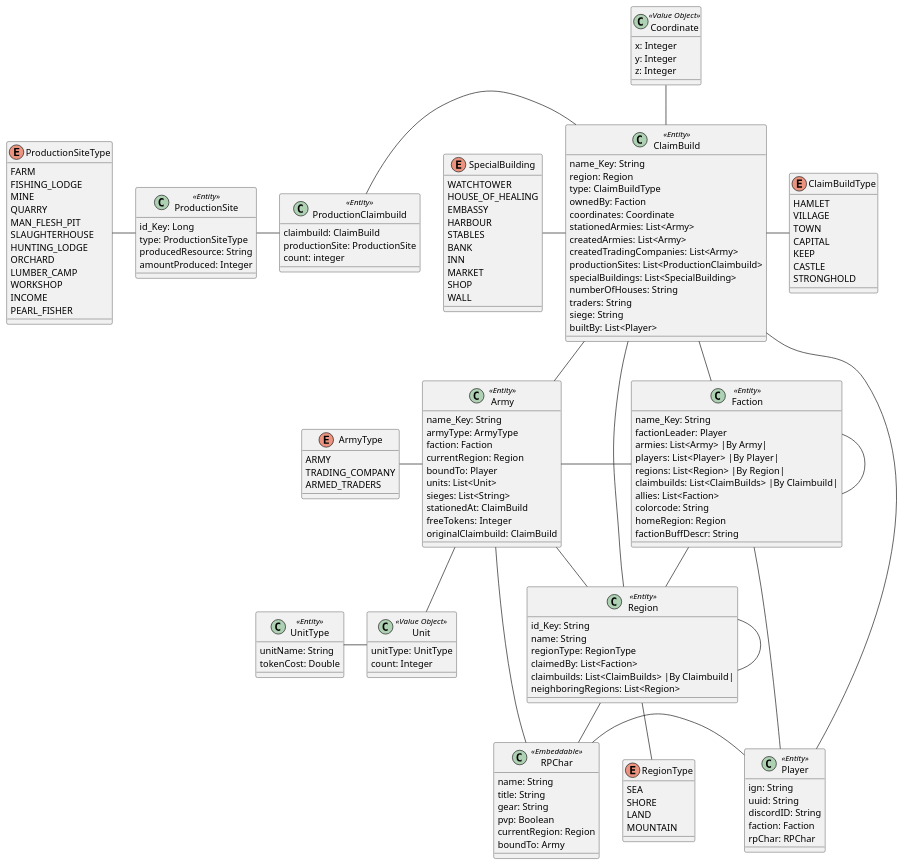
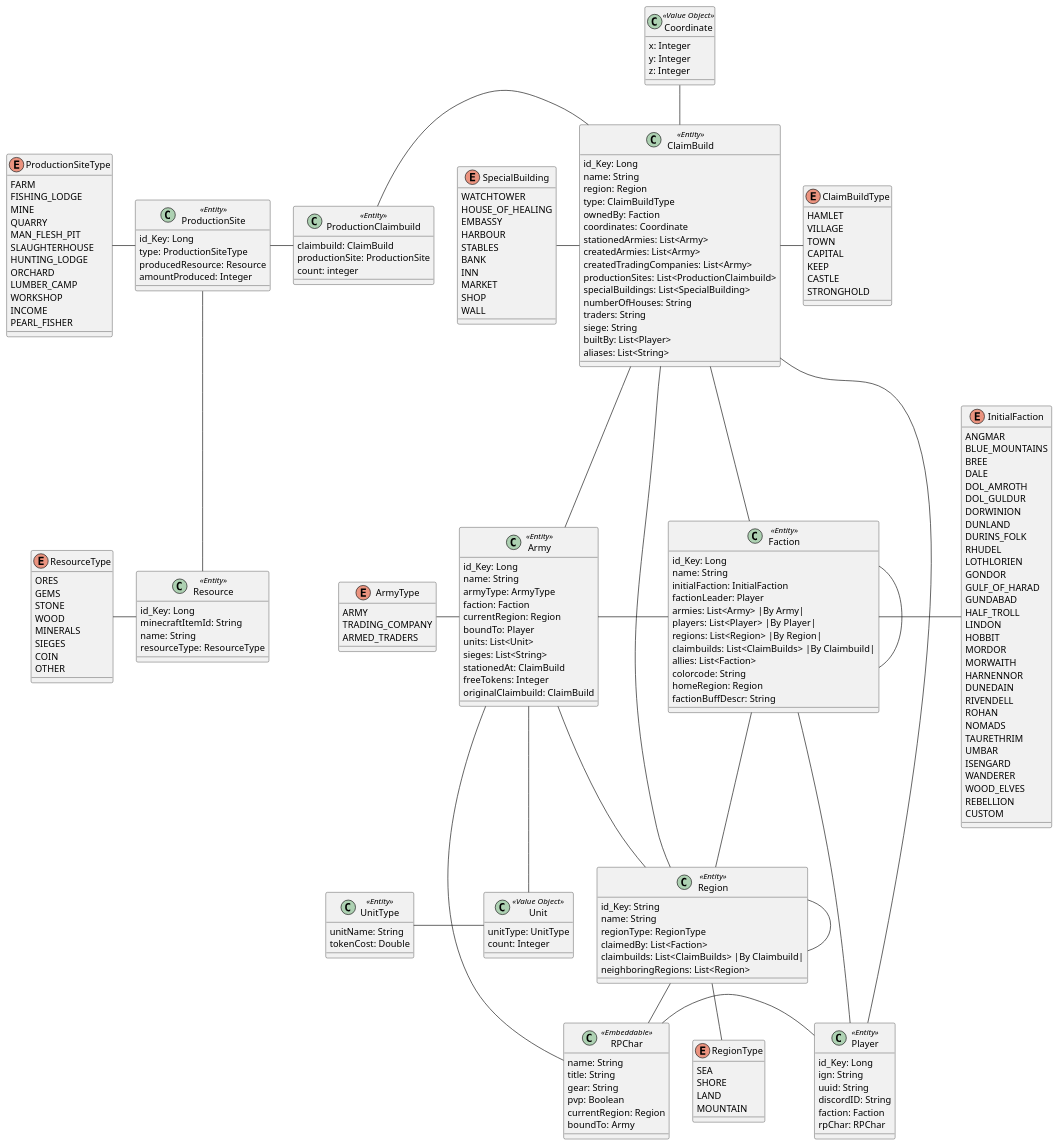
The diagram in src/main/puml/ArdasLegendsDomain.puml (Team-KekX/Ardas-Legends-App), drawn with PlantUML before and after one commit.

Commit message:
Updated Puml

```diff
--- a/src/main/puml/ArdasLegendsDomain.puml
+++ b/src/main/puml/ArdasLegendsDomain.puml
@@ -16,7 +16,8 @@
 }
 
 class ClaimBuild <<Entity>> {
-    name_Key: String
+    id_Key: Long
+    name: String
     region: Region
     type: ClaimBuildType
     ownedBy: Faction
@@ -30,6 +31,7 @@
     traders: String
     siege: String
     builtBy: List<Player>
+    aliases: List<String>
 }
 
 enum ClaimBuildType {
@@ -42,8 +44,44 @@
     STRONGHOLD
 }
 
+enum InitialFaction {
+    ANGMAR
+    BLUE_MOUNTAINS
+    BREE
+    DALE
+    DOL_AMROTH
+    DOL_GULDUR
+    DORWINION
+    DUNLAND
+    DURINS_FOLK
+    RHUDEL
+    LOTHLORIEN
+    GONDOR
+    GULF_OF_HARAD
+    GUNDABAD
+    HALF_TROLL
+    LINDON
+    HOBBIT
+    MORDOR
+    MORWAITH
+    HARNENNOR
+    DUNEDAIN
+    RIVENDELL
+    ROHAN
+    NOMADS
+    TAURETHRIM
+    UMBAR
+    ISENGARD
+    WANDERER
+    WOOD_ELVES
+    REBELLION
+    CUSTOM
+}
+
 class Faction <<Entity>> {
-    name_Key: String
+    id_Key: Long
+    name: String
+    initialFaction: InitialFaction
     factionLeader: Player
     armies: List<Army> |By Army|
     players:  List<Player> |By Player|
@@ -56,6 +94,7 @@
 }
 
 class Player <<Entity>> {
+    id_Key: Long
     ign: String
     uuid: String
     discordID: String
@@ -81,8 +120,26 @@
 class ProductionSite <<Entity>> {
     id_Key: Long
     type: ProductionSiteType
-    producedResource: String
+    producedResource: Resource
     amountProduced: Integer
+}
+
+class Resource <<Entity>> {
+    id_Key: Long
+    minecraftItemId: String
+    name: String
+    resourceType: ResourceType
+}
+
+enum ResourceType {
+    ORES
+    GEMS
+    STONE
+    WOOD
+    MINERALS
+    SIEGES
+    COIN
+    OTHER
 }
 
 class ProductionClaimbuild <<Entity>> {
@@ -120,7 +177,8 @@
 }
 
 class Army <<Entity>> {
-    name_Key: String
+    id_Key: Long
+    name: String
     armyType: ArmyType
     faction: Faction
     currentRegion: Region
@@ -155,6 +213,7 @@
 
 Faction -down- Region
 Faction -right Player
+Faction -right- InitialFaction
 Faction -left Army
 Faction -up- ClaimBuild
 Faction - Faction
@@ -165,6 +224,8 @@
 ClaimBuild - Army
 
 ProductionSite - ProductionClaimbuild
+ProductionSite -down- Resource
+Resource -left- ResourceType
 ProductionClaimbuild - ClaimBuild
 SpecialBuilding - ClaimBuild
 
```
